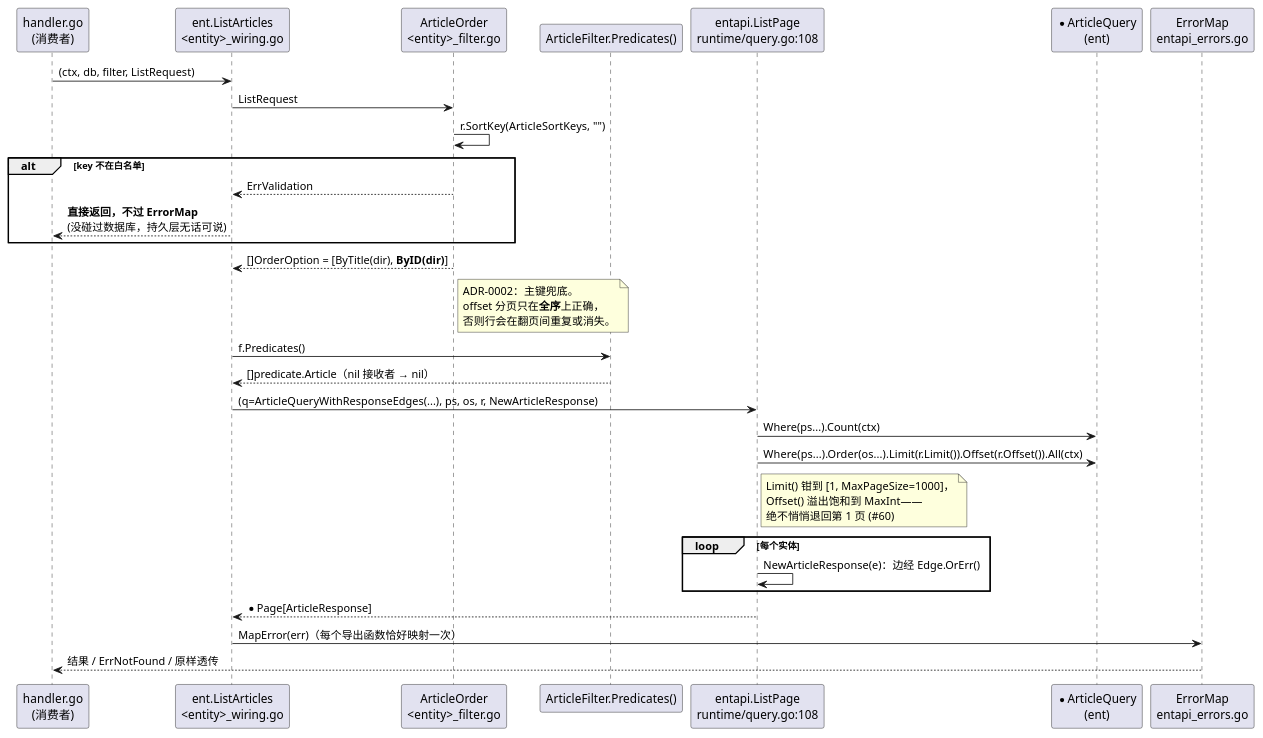
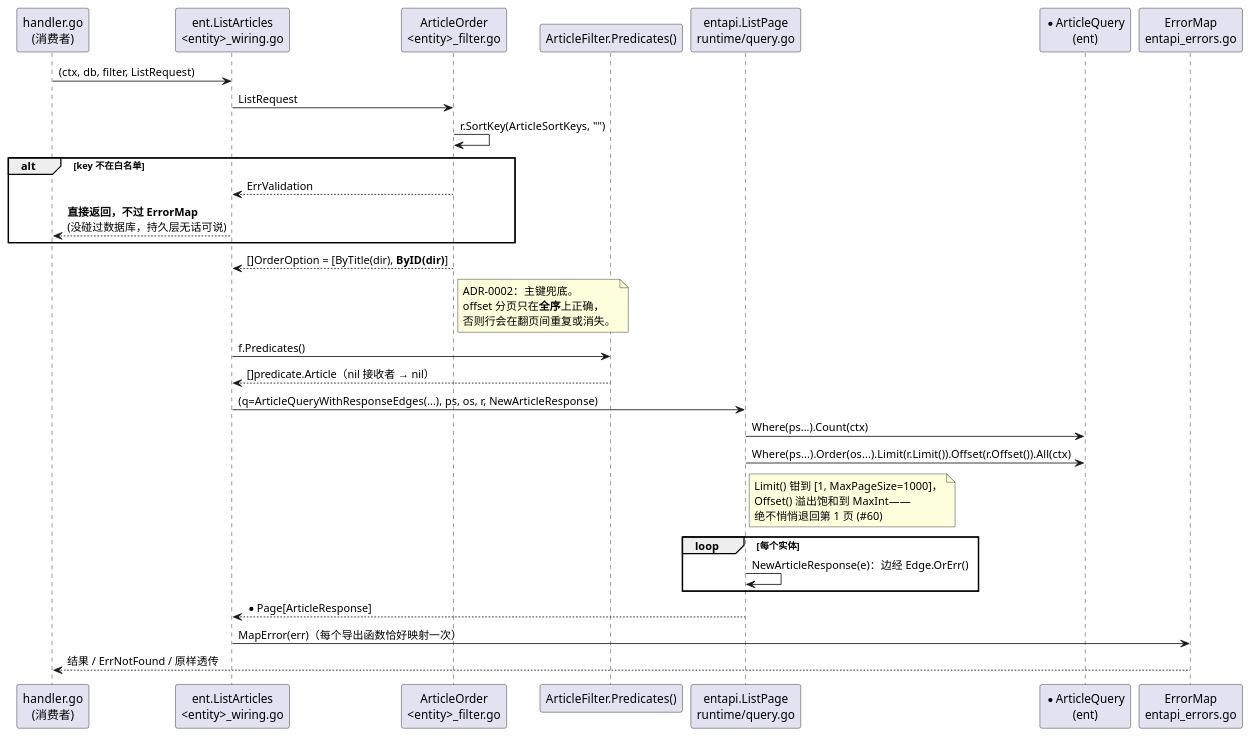
The fifth of 5 diagrams in docs/ARCHITECTURE.md (githonllc/entapi), drawn with PlantUML before and after one commit. The commit also changed other lines of this file and 205 other files, not shown here.

````diff
--- a/docs/ARCHITECTURE.md
+++ b/docs/ARCHITECTURE.md
@@ -335,42 +352,42 @@
 ```plantuml
 @startuml
 skinparam shadowing false
 participant "handler.go\n(消费者)" as H
 participant "ent.ListArticles\n<entity>_wiring.go" as W
 participant "ArticleOrder\n<entity>_filter.go" as ORD
 participant "ArticleFilter.Predicates()" as PRED
-participant "entapi.ListPage\nruntime/query.go:108" as LP
+participant "entapi.ListPage\nruntime/query.go" as LP
 participant "*ArticleQuery\n(ent)" as Q
 participant "ErrorMap\nentapi_errors.go" as EM
 
 H -> W : (ctx, db, filter, ListRequest)
 W -> ORD : ListRequest
 ORD -> ORD : r.SortKey(ArticleSortKeys, "")
 alt key 不在白名单
   ORD --> W : ErrValidation
   W --> H : **直接返回，不过 ErrorMap**\n(没碰过数据库，持久层无话可说)
 end
 ORD --> W : []OrderOption = [ByTitle(dir), **ByID(dir)**]
 note right of ORD
   ADR-0002：主键兜底。
   offset 分页只在**全序**上正确，
   否则行会在翻页间重复或消失。
 end note
 W -> PRED : f.Predicates()
 PRED --> W : []predicate.Article（nil 接收者 → nil）
 W -> LP : (q=ArticleQueryWithResponseEdges(...), ps, os, r, NewArticleResponse)
 LP -> Q : Where(ps...).Count(ctx)
 LP -> Q : Where(ps...).Order(os...).Limit(r.Limit()).Offset(r.Offset()).All(ctx)
 note right of LP
   Limit() 钳到 [1, MaxPageSize=1000]，
   Offset() 溢出饱和到 MaxInt——
   绝不悄悄退回第 1 页 (#60)
 end note
 loop 每个实体
   LP -> LP : NewArticleResponse(e)：边经 Edge.OrErr()
 end
 LP --> W : *Page[ArticleResponse]
 W -> EM : MapError(err)（每个导出函数恰好映射一次）
 EM --> H : 结果 / ErrNotFound / 原样透传
 @enduml
 ```
````
